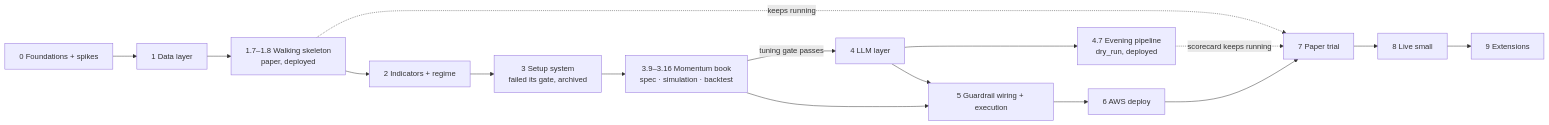
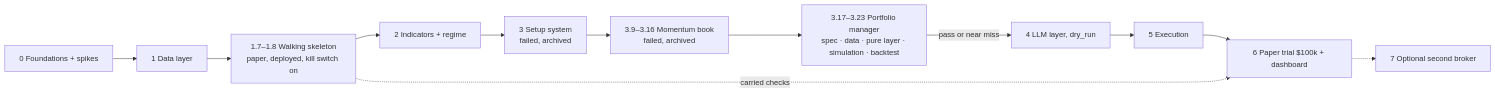
Before and after one commit to Dima252/AuraTrade: the diagram in docs/execution-plan.md, drawn with Mermaid. The commit also changed other lines of this file and 11 other files, not shown here.

First line of the commit message:
Task 3.17: the portfolio manager's spec (#153-#156)

````diff
--- a/docs/execution-plan.md
+++ b/docs/execution-plan.md
@@ -875,18 +811,14 @@
 ```mermaid
 flowchart LR
     P0[0 Foundations + spikes] --> P1[1 Data layer]
-    P1 --> SK[1.7–1.8 Walking skeleton<br/>paper, deployed]
-    SK -. keeps running .-> P7
+    P1 --> SK[1.7–1.8 Walking skeleton<br/>paper, deployed, kill switch on]
     SK --> P2[2 Indicators + regime]
-    P2 --> P3[3 Setup system<br/>failed its gate, archived]
-    P3 --> MB[3.9–3.16 Momentum book<br/>spec · simulation · backtest]
-    MB -->|tuning gate passes| P4[4 LLM layer]
-    P4 --> EV[4.7 Evening pipeline<br/>dry_run, deployed]
-    EV -. scorecard keeps running .-> P7
-    MB --> P5[5 Guardrail wiring + execution]
-    P4 --> P5
-    P5 --> P6[6 AWS deploy]
-    P6 --> P7[7 Paper trial]
-    P7 --> P8[8 Live small]
-    P8 --> P9[9 Extensions]
+    P2 --> P3[3 Setup system<br/>failed, archived]
+    P3 --> MB[3.9–3.16 Momentum book<br/>failed, archived]
+    MB --> PF[3.17–3.23 Portfolio manager<br/>spec · data · pure layer · simulation · backtest]
+    PF -->|pass or near miss| P4[4 LLM layer, dry_run]
+    P4 --> P5[5 Execution]
+    P5 --> P6[6 Paper trial $100k + dashboard]
+    SK -. carried checks .-> P6
+    P6 -.-> P7[7 Optional second broker]
 ```
````
